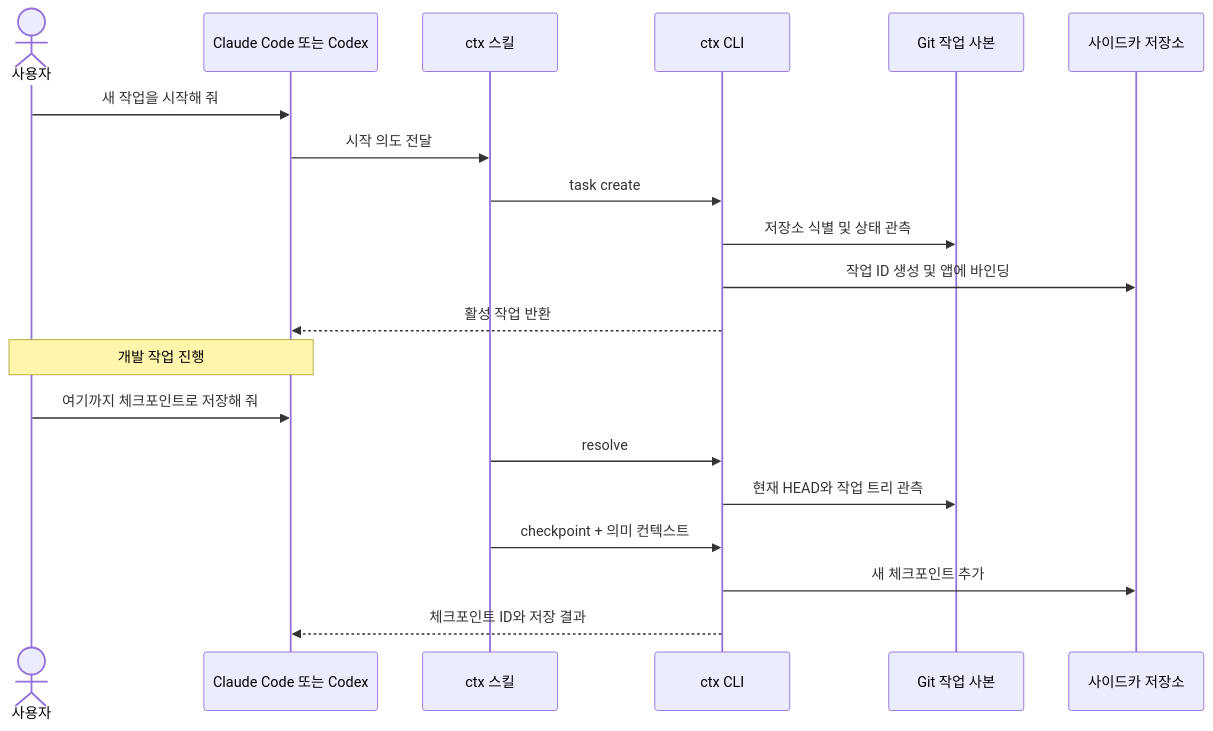
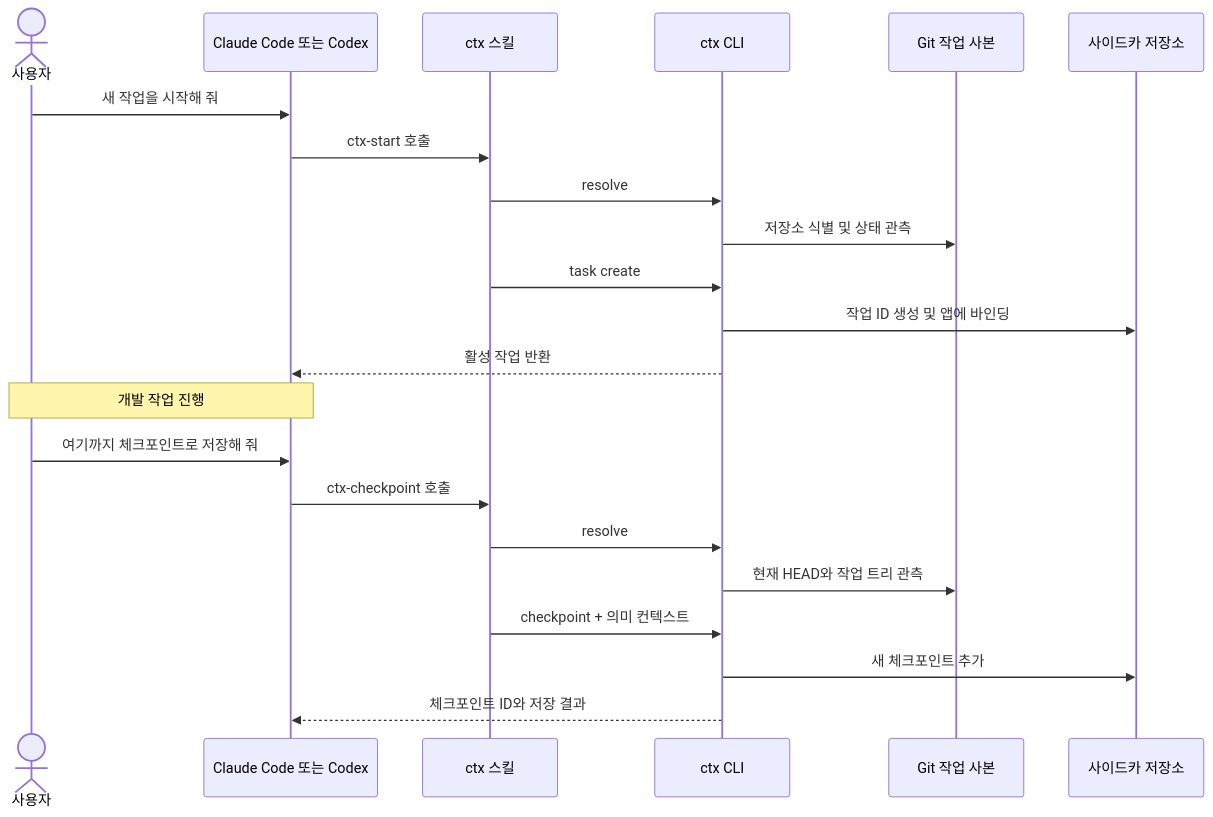
Before and after one commit to robinjoon/ai-kit: the second of 7 diagrams in docs/user-scenarios.md, drawn with Mermaid. The commit also changed other lines of this file and 11 other files, not shown here.

````diff
--- a/docs/user-scenarios.md
+++ b/docs/user-scenarios.md
@@ -35,25 +35,27 @@
 ```mermaid
 sequenceDiagram
     actor User as 사용자
     participant App as Claude Code 또는 Codex
     participant Skill as ctx 스킬
     participant CLI as ctx CLI
     participant Git as Git 작업 사본
     participant Store as 사이드카 저장소
 
     User->>App: 새 작업을 시작해 줘
-    App->>Skill: 시작 의도 전달
+    App->>Skill: ctx-start 호출
+    Skill->>CLI: resolve
+    CLI->>Git: 저장소 식별 및 상태 관측
     Skill->>CLI: task create
-    CLI->>Git: 저장소 식별 및 상태 관측
     CLI->>Store: 작업 ID 생성 및 앱에 바인딩
     CLI-->>App: 활성 작업 반환
 
     Note over User,App: 개발 작업 진행
 
     User->>App: 여기까지 체크포인트로 저장해 줘
+    App->>Skill: ctx-checkpoint 호출
     Skill->>CLI: resolve
     CLI->>Git: 현재 HEAD와 작업 트리 관측
     Skill->>CLI: checkpoint + 의미 컨텍스트
     CLI->>Store: 새 체크포인트 추가
     CLI-->>App: 체크포인트 ID와 저장 결과
 ```
````
